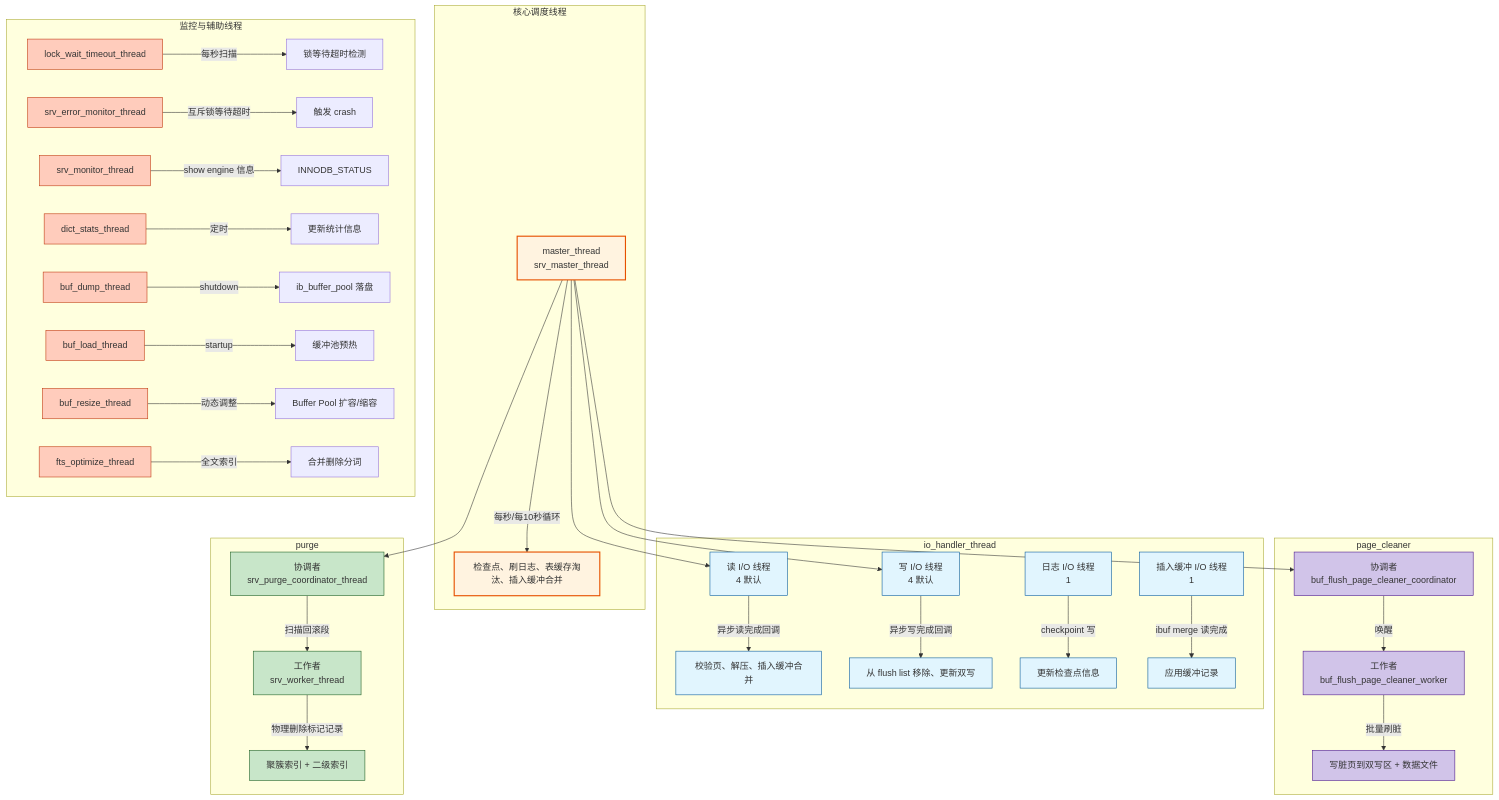
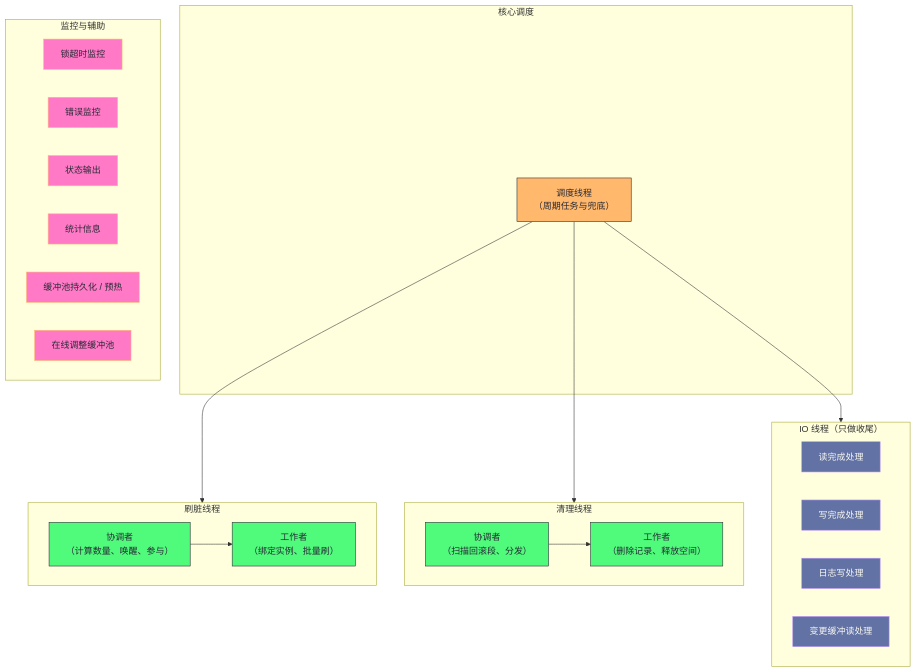
Before and after one commit to hpliStartAgain/my-brain: the diagram in content/中间件/MySQL/读书笔记-Mysql内核架构/09. InnoDB 后台线程：26 个线程的分工协作与调度哲学.md, drawn with Mermaid. The commit also changed other lines of this file and 56 other files, not shown here.

````diff
--- a/content/中间件/MySQL/读书笔记-Mysql内核架构/09. InnoDB 后台线程：26 个线程的分工协作与调度哲学.md
+++ b/content/中间件/MySQL/读书笔记-Mysql内核架构/09. InnoDB 后台线程：26 个线程的分工协作与调度哲学.md
@@ -27,53 +102,43 @@
 ```mermaid
-graph TB
-    classDef core fill:#fff3e0,stroke:#e65100,stroke-width:2px
-    classDef io fill:#e1f5fe,stroke:#01579b
-    classDef flush fill:#d1c4e9,stroke:#4a148c
-    classDef purge fill:#c8e6c9,stroke:#1b5e20
-    classDef monitor fill:#ffccbc,stroke:#bf360c
-    classDef utility fill:#f0f4c3,stroke:#827717
+%%{init: {'theme': 'dracula'}}%%
+graph TD
+    subgraph CORE["核心调度"]
+        MASTER["调度线程<br/>（周期任务与兜底）"]
+    end
+    subgraph IO["IO 线程（只做收尾）"]
+        R["读完成处理"]
+        W["写完成处理"]
+        L["日志写处理"]
+        I["变更缓冲读处理"]
+    end
+    subgraph FLUSH["刷脏线程"]
+        FC["协调者<br/>（计算数量、唤醒、参与）"]
+        FW["工作者<br/>（绑定实例、批量刷）"]
+    end
+    subgraph PURGE["清理线程"]
+        PC["协调者<br/>（扫描回滚段、分发）"]
+        PW["工作者<br/>（删除记录、释放空间）"]
+    end
+    subgraph MON["监控与辅助"]
+        LK["锁超时监控"]
+        EM["错误监控"]
+        ST["状态输出"]
+        DS["统计信息"]
+        BD["缓冲池持久化 / 预热"]
+        RS["在线调整缓冲池"]
+    end
+    MASTER --> FLUSH
+    MASTER --> PURGE
+    MASTER --> IO
+    FC --> FW
+    PC --> PW
 
-    subgraph 核心调度线程
-        MASTER[master_thread<br>srv_master_thread] -->|每秒/每10秒循环| MASTER_TASKS
-        MASTER_TASKS[检查点、刷日志、表缓存淘汰、插入缓冲合并]
-    end
-
-    subgraph I/O 线程 [io_handler_thread]
-        READ[读 I/O 线程<br>4 默认] -->|异步读完成回调| READ_CB[校验页、解压、插入缓冲合并]
-        WRITE[写 I/O 线程<br>4 默认] -->|异步写完成回调| WRITE_CB[从 flush list 移除、更新双写]
-        LOG[日志 I/O 线程<br>1] -->|checkpoint 写| LOG_CB[更新检查点信息]
-        IBUF[插入缓冲 I/O 线程<br>1] -->|ibuf merge 读完成| IBUF_CB[应用缓冲记录]
-    end
-
-    subgraph 刷脏线程 [page_cleaner]
-        PC_COORD[协调者<br>buf_flush_page_cleaner_coordinator] -->|唤醒| PC_WORKER[工作者<br>buf_flush_page_cleaner_worker]
-        PC_WORKER -->|批量刷脏| FLUSH_TASK[写脏页到双写区 + 数据文件]
-    end
-
-    subgraph 清理线程 [purge]
-        PURGE_COORD[协调者<br>srv_purge_coordinator_thread] -->|扫描回滚段| PURGE_WORKER[工作者<br>srv_worker_thread]
-        PURGE_WORKER -->|物理删除标记记录| PURGE_TASK[聚簇索引 + 二级索引]
-    end
-
-    subgraph 监控与辅助线程
-        LOCK_WAIT[lock_wait_timeout_thread] -->|每秒扫描| LOCK_CHECK[锁等待超时检测]
-        ERROR_MON[srv_error_monitor_thread] -->|互斥锁等待超时| CRASH[触发 crash]
-        MONITOR[srv_monitor_thread] -->|show engine 信息| INNODB_STATUS
-        STATS[dict_stats_thread] -->|定时| ANALYZE[更新统计信息]
-        BUF_DUMP[buf_dump_thread] -->|shutdown| DUMP[ib_buffer_pool 落盘]
-        BUF_LOAD[buf_load_thread] -->|startup| LOAD[缓冲池预热]
-        BUF_RESIZE[buf_resize_thread] -->|动态调整| RESIZE[Buffer Pool 扩容/缩容]
-        FTS[fts_optimize_thread] -->|全文索引| OPTIMIZE[合并删除分词]
-    end
-
-    MASTER --> READ
-    MASTER --> WRITE
-    MASTER --> PC_COORD
-    MASTER --> PURGE_COORD
-    
-    class MASTER,MASTER_TASKS core
-    class READ,WRITE,LOG,IBUF,READ_CB,WRITE_CB,LOG_CB,IBUF_CB io
-    class PC_COORD,PC_WORKER,FLUSH_TASK flush
-    class PURGE_COORD,PURGE_WORKER,PURGE_TASK purge
-    class LOCK_WAIT,ERROR_MON,MONITOR,STATS,BUF_DUMP,BUF_LOAD,BUF_RESIZE,FTS monitor
+    classDef core fill:#ffb86c,stroke:#282a36,color:#282a36
+    classDef io fill:#6272a4,stroke:#bd93f9,color:#f8f8f2
+    classDef work fill:#50fa7b,stroke:#282a36,color:#282a36
+    classDef mon fill:#ff79c6,stroke:#ffb86c,color:#282a36
+    class MASTER core
+    class R,W,L,I io
+    class FC,FW,PC,PW work
+    class LK,EM,ST,DS,BD,RS mon
 ```
````
